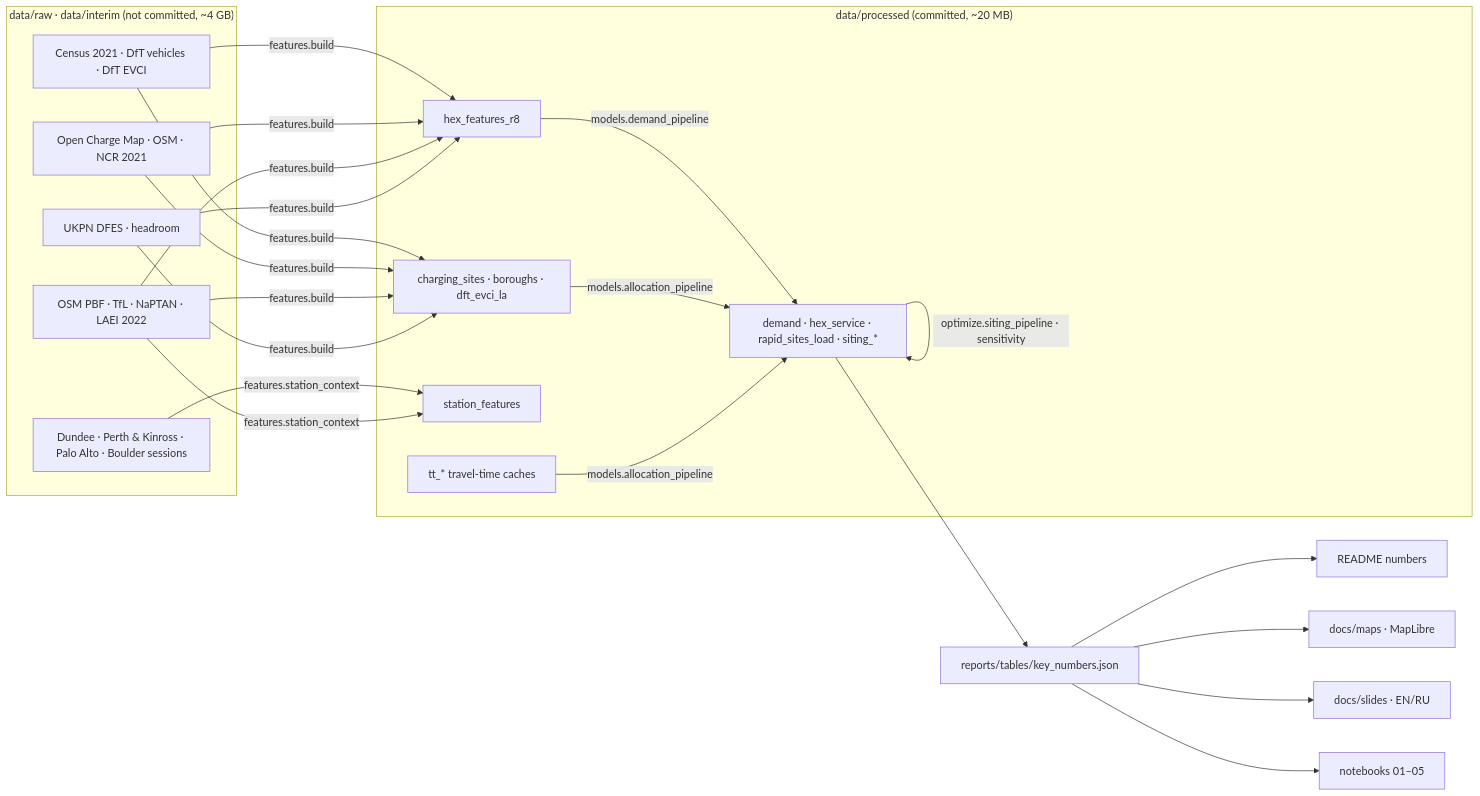
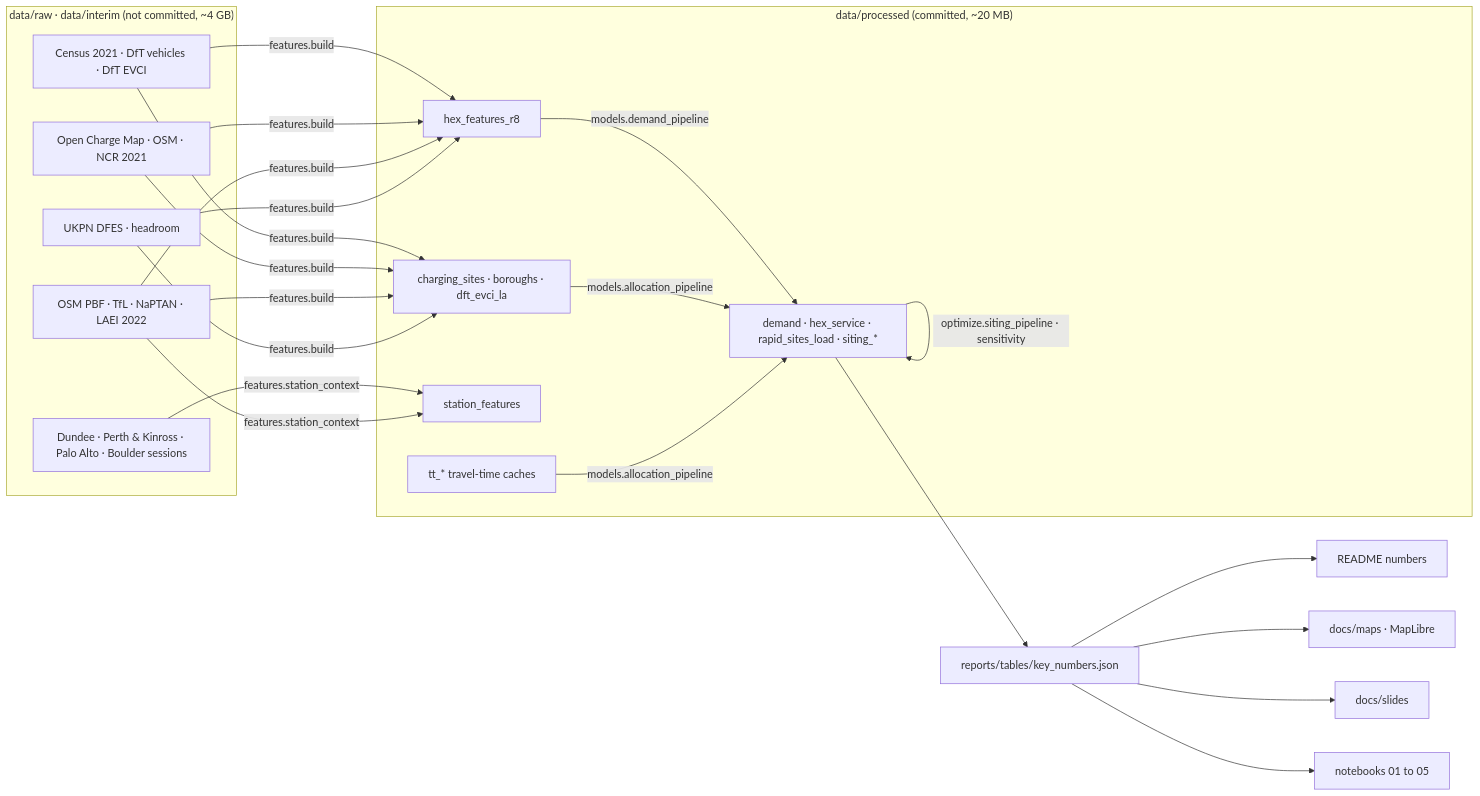
Before and after one commit to m-erts/chargescape-london: the diagram in docs/architecture.md, drawn with Mermaid. The commit also changed other lines of this file and 49 other files, not shown here.

First line of the commit message:
Redesign slides, maps and project page on the DESIGN.md system; English only

````diff
--- a/docs/architecture.md
+++ b/docs/architecture.md
@@ -7,24 +7,24 @@
 ```mermaid
 flowchart LR
   subgraph raw["data/raw · data/interim (not committed, ~4 GB)"]
     A1[Census 2021 · DfT vehicles · DfT EVCI]
     A2[Open Charge Map · OSM · NCR 2021]
     A3[OSM PBF · TfL · NaPTAN · LAEI 2022]
     A4[UKPN DFES · headroom]
     A5[Dundee · Perth & Kinross · Palo Alto · Boulder sessions]
   end
   subgraph processed["data/processed (committed, ~20 MB)"]
     B1[hex_features_r8]
     B2[charging_sites · boroughs · dft_evci_la]
     B3[station_features]
     B4[tt_* travel-time caches]
     B5[demand · hex_service · rapid_sites_load · siting_*]
   end
   A1 & A2 & A3 & A4 -->|features.build| B1 & B2
   A5 & A3 -->|features.station_context| B3
   B1 -->|models.demand_pipeline| B5
   B2 & B4 -->|models.allocation_pipeline| B5
   B5 -->|optimize.siting_pipeline · sensitivity| B5
   B5 --> C[reports/tables/key_numbers.json]
-  C --> D1[README numbers] & D2[docs/maps · MapLibre] & D3[docs/slides · EN/RU] & D4[notebooks 01–05]
+  C --> D1[README numbers] & D2[docs/maps · MapLibre] & D3[docs/slides] & D4[notebooks 01 to 05]
 ```
````
